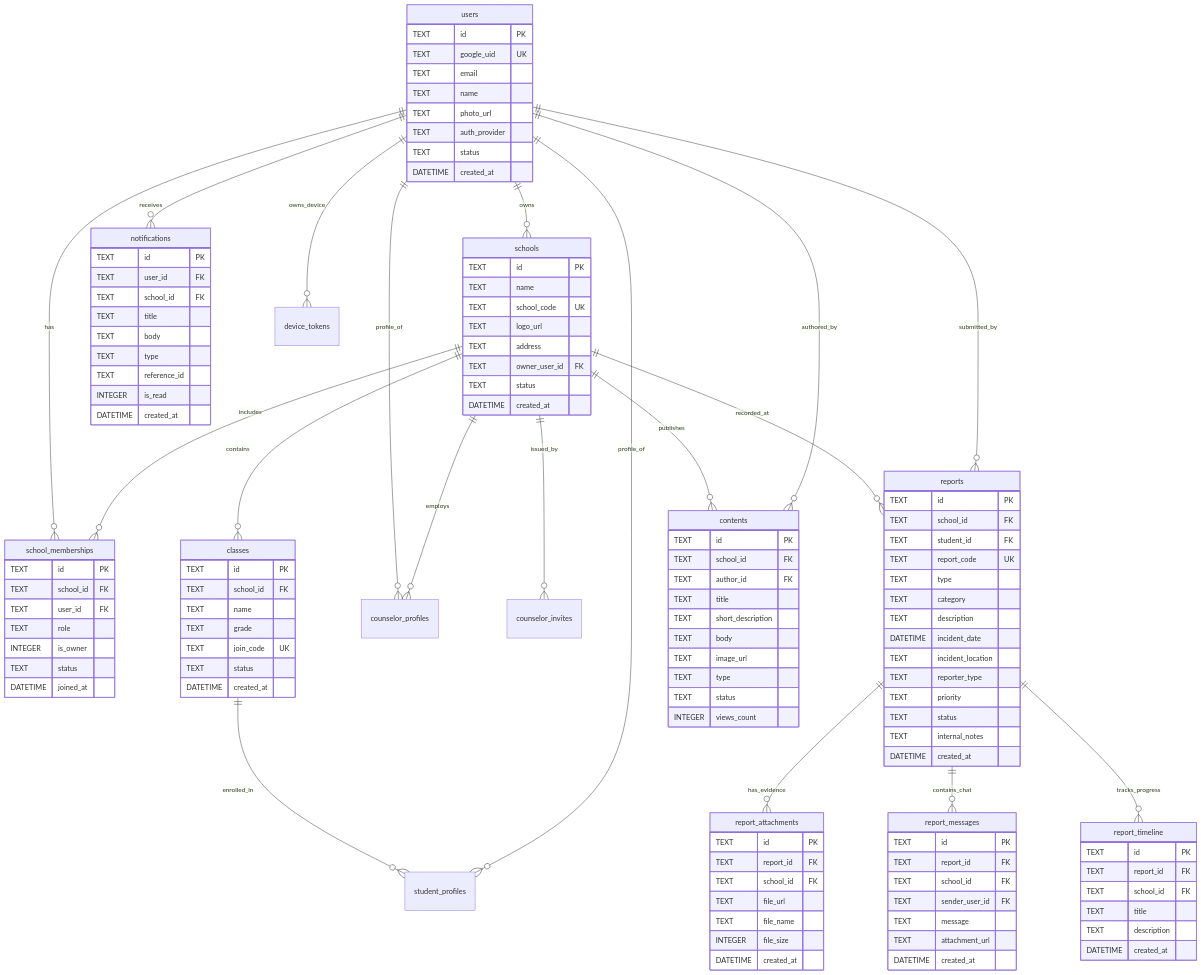
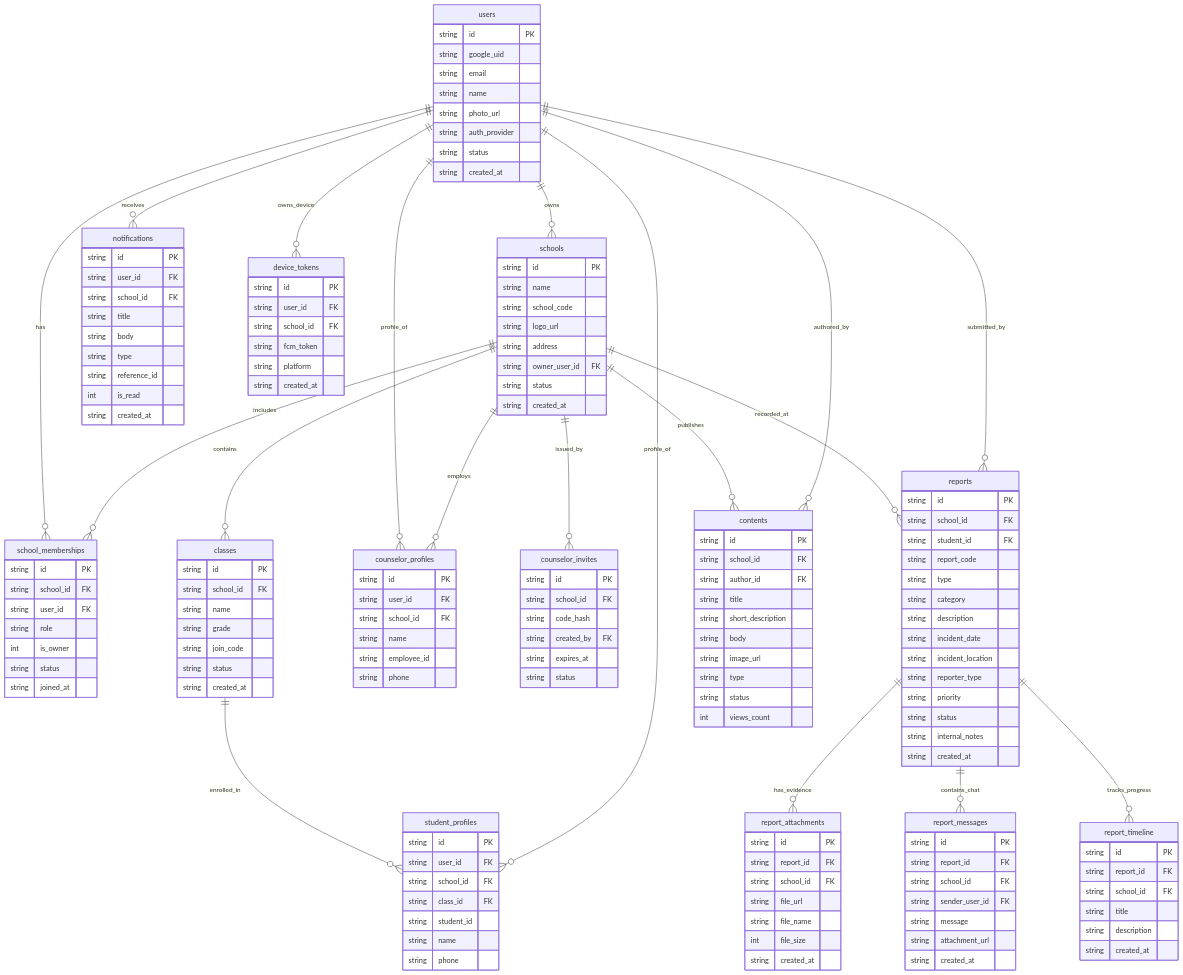
Before and after one commit to wahyuhidayatwyh-boop/APK-suarasiswa: the sixth of 7 diagrams in README.md, drawn with Mermaid. The commit also changed other lines of this file, not shown here.

Commit message:
fix(docs): optimize mermaid diagrams syntax for GitHub markdown renderer

````diff
--- a/README.md
+++ b/README.md
@@ -327,128 +326,163 @@
     users ||--o{ counselor_profiles : "profile_of"
     schools ||--o{ counselor_profiles : "employs"
     schools ||--o{ counselor_invites : "issued_by"
-    
     schools ||--o{ reports : "recorded_at"
     users ||--o{ reports : "submitted_by"
     reports ||--o{ report_attachments : "has_evidence"
     reports ||--o{ report_messages : "contains_chat"
     reports ||--o{ report_timeline : "tracks_progress"
-    
     schools ||--o{ contents : "publishes"
     users ||--o{ contents : "authored_by"
     users ||--o{ notifications : "receives"
     users ||--o{ device_tokens : "owns_device"
 
     users {
-        TEXT id PK
-        TEXT google_uid UK
-        TEXT email
-        TEXT name
-        TEXT photo_url
-        TEXT auth_provider
-        TEXT status
-        DATETIME created_at
+        string id PK
+        string google_uid
+        string email
+        string name
+        string photo_url
+        string auth_provider
+        string status
+        string created_at
     }
 
     schools {
-        TEXT id PK
-        TEXT name
-        TEXT school_code UK
-        TEXT logo_url
-        TEXT address
-        TEXT owner_user_id FK
-        TEXT status
-        DATETIME created_at
+        string id PK
+        string name
+        string school_code
+        string logo_url
+        string address
+        string owner_user_id FK
+        string status
+        string created_at
     }
 
     school_memberships {
-        TEXT id PK
-        TEXT school_id FK
-        TEXT user_id FK
-        TEXT role
-        INTEGER is_owner
-        TEXT status
-        DATETIME joined_at
+        string id PK
+        string school_id FK
+        string user_id FK
+        string role
+        int is_owner
+        string status
+        string joined_at
     }
 
     classes {
-        TEXT id PK
-        TEXT school_id FK
-        TEXT name
-        TEXT grade
-        TEXT join_code UK
-        TEXT status
-        DATETIME created_at
+        string id PK
+        string school_id FK
+        string name
+        string grade
+        string join_code
+        string status
+        string created_at
+    }
+
+    student_profiles {
+        string id PK
+        string user_id FK
+        string school_id FK
+        string class_id FK
+        string student_id
+        string name
+        string phone
+    }
+
+    counselor_profiles {
+        string id PK
+        string user_id FK
+        string school_id FK
+        string name
+        string employee_id
+        string phone
+    }
+
+    counselor_invites {
+        string id PK
+        string school_id FK
+        string code_hash
+        string created_by FK
+        string expires_at
+        string status
     }
 
     reports {
-        TEXT id PK
-        TEXT school_id FK
-        TEXT student_id FK
-        TEXT report_code UK
-        TEXT type
-        TEXT category
-        TEXT description
-        DATETIME incident_date
-        TEXT incident_location
-        TEXT reporter_type
-        TEXT priority
-        TEXT status
-        TEXT internal_notes
-        DATETIME created_at
+        string id PK
+        string school_id FK
+        string student_id FK
+        string report_code
+        string type
+        string category
+        string description
+        string incident_date
+        string incident_location
+        string reporter_type
+        string priority
+        string status
+        string internal_notes
+        string created_at
     }
 
     report_attachments {
-        TEXT id PK
-        TEXT report_id FK
-        TEXT school_id FK
-        TEXT file_url
-        TEXT file_name
-        INTEGER file_size
-        DATETIME created_at
+        string id PK
+        string report_id FK
+        string school_id FK
+        string file_url
+        string file_name
+        int file_size
+        string created_at
     }
 
     report_messages {
-        TEXT id PK
-        TEXT report_id FK
-        TEXT school_id FK
-        TEXT sender_user_id FK
-        TEXT message
-        TEXT attachment_url
-        DATETIME created_at
+        string id PK
+        string report_id FK
+        string school_id FK
+        string sender_user_id FK
+        string message
+        string attachment_url
+        string created_at
     }
 
     report_timeline {
-        TEXT id PK
-        TEXT report_id FK
-        TEXT school_id FK
-        TEXT title
-        TEXT description
-        DATETIME created_at
+        string id PK
+        string report_id FK
+        string school_id FK
+        string title
+        string description
+        string created_at
     }
 
     contents {
-        TEXT id PK
-        TEXT school_id FK
-        TEXT author_id FK
-        TEXT title
-        TEXT short_description
-        TEXT body
-        TEXT image_url
-        TEXT type
-        TEXT status
-        INTEGER views_count
+        string id PK
+        string school_id FK
+        string author_id FK
+        string title
+        string short_description
+        string body
+        string image_url
+        string type
+        string status
+        int views_count
     }
 
     notifications {
-        TEXT id PK
-        TEXT user_id FK
-        TEXT school_id FK
-        TEXT title
-        TEXT body
-        TEXT type
-        TEXT reference_id
-        INTEGER is_read
-        DATETIME created_at
+        string id PK
+        string user_id FK
+        string school_id FK
+        string title
+        string body
+        string type
+        string reference_id
+        int is_read
+        string created_at
+    }
+
+    device_tokens {
+        string id PK
+        string user_id FK
+        string school_id FK
+        string fcm_token
+        string platform
+        string created_at
     }
 ```
````
